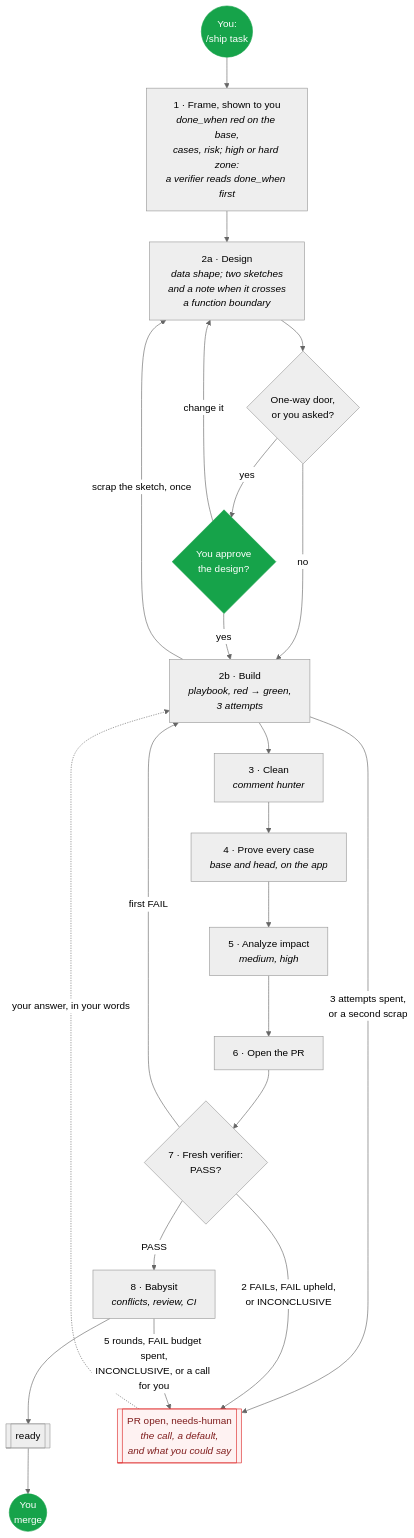
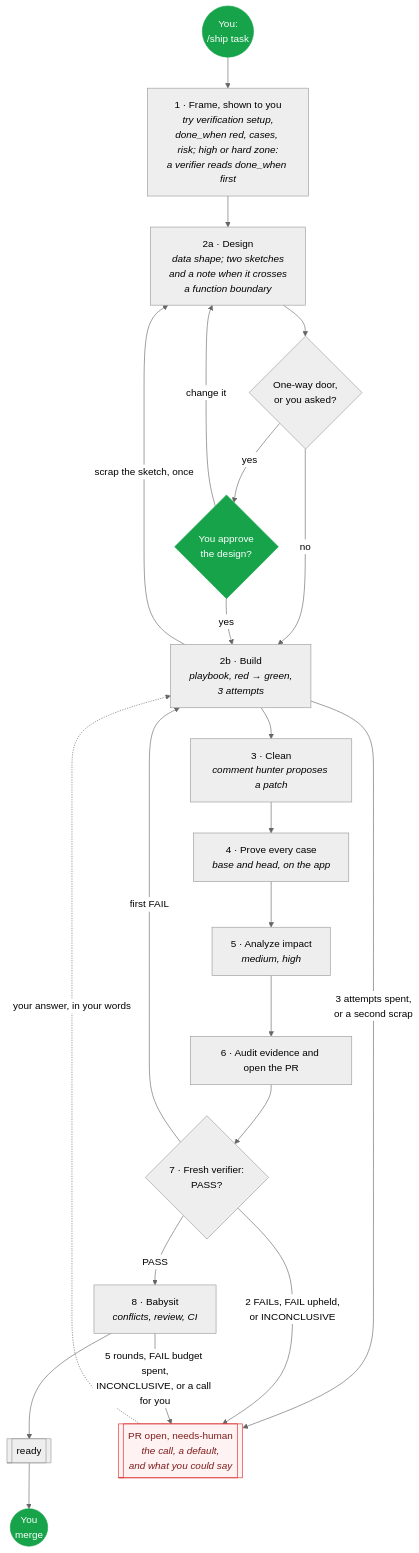
One commit to Ilian-Allaf/skillstack changed the second of 2 diagrams in skills/README.md. Above: the diagram before and after it, drawn with Mermaid (neutral theme). The commit also changed other lines of this file and 14 other files, not shown here.

Commit message:
Check verification setup and evidence after first framework use

````diff
--- a/skills/README.md
+++ b/skills/README.md
@@ -106,37 +106,37 @@
 ```mermaid
 flowchart TB
   go(("You:<br/>/ship task"))
-  frame["1 · Frame, shown to you<br/><i>done_when red on the base,<br/>cases, risk; high or hard zone:<br/>a verifier reads done_when first</i>"]
+  frame["1 · Frame, shown to you<br/><i>try verification setup,<br/>done_when red, cases, risk; high or hard zone:<br/>a verifier reads done_when first</i>"]
   design["2a · Design<br/><i>data shape; two sketches<br/>and a note when it crosses<br/>a function boundary</i>"]
   door{"One-way door,<br/>or you asked?"}
   shown{"You approve<br/>the design?"}
   build["2b · Build<br/><i>playbook, red → green,<br/>3 attempts</i>"]
-  clean["3 · Clean<br/><i>comment hunter</i>"]
+  clean["3 · Clean<br/><i>comment hunter proposes a patch</i>"]
   proofs["4 · Prove every case<br/><i>base and head, on the app</i>"]
   impact["5 · Analyze impact<br/><i>medium, high</i>"]
-  open["6 · Open the PR"]
+  open["6 · Audit evidence and open the PR"]
   verdict{"7 · Fresh verifier:<br/>PASS?"}
   babysit["8 · Babysit<br/><i>conflicts, review, CI</i>"]
   ready[["ready"]]
   merge(("You<br/>merge"))
   human[["PR open, needs-human<br/><i>the call, a default,<br/>and what you could say</i>"]]
 
   go --> frame --> design --> door
   door -->|no| build
   door -->|yes| shown
   shown -->|yes| build
   shown -->|change it| design
   build -->|scrap the sketch, once| design
   build --> clean --> proofs --> impact --> open --> verdict
   build -->|"3 attempts spent,<br/>or a second scrap"| human
   verdict -->|first FAIL| build
   verdict -->|PASS| babysit --> ready --> merge
   verdict -->|"2 FAILs, FAIL upheld,<br/>or INCONCLUSIVE"| human
   babysit -->|"5 rounds, FAIL budget spent,<br/>INCONCLUSIVE, or a call for you"| human
   human -.->|your answer, in your words| build
 
   classDef you fill:#16a34a,stroke:#16a34a,color:#fff
   classDef stop fill:#fef2f2,stroke:#dc2626,color:#7f1d1d
   class go,shown,merge you
   class human stop
 ```
````
